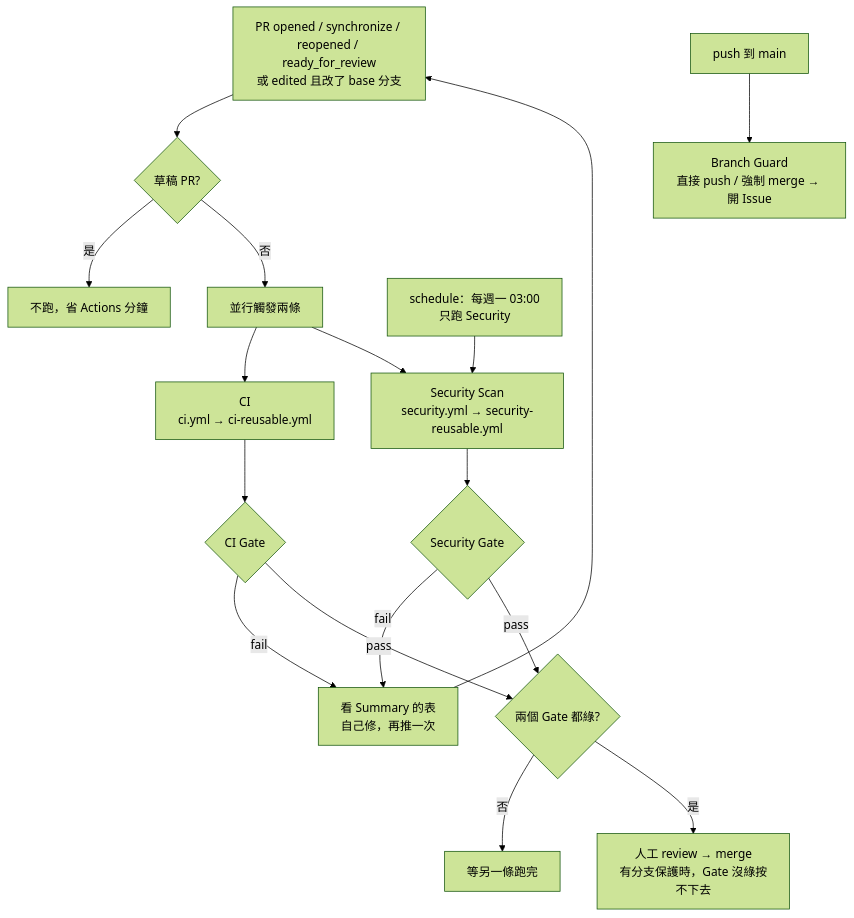
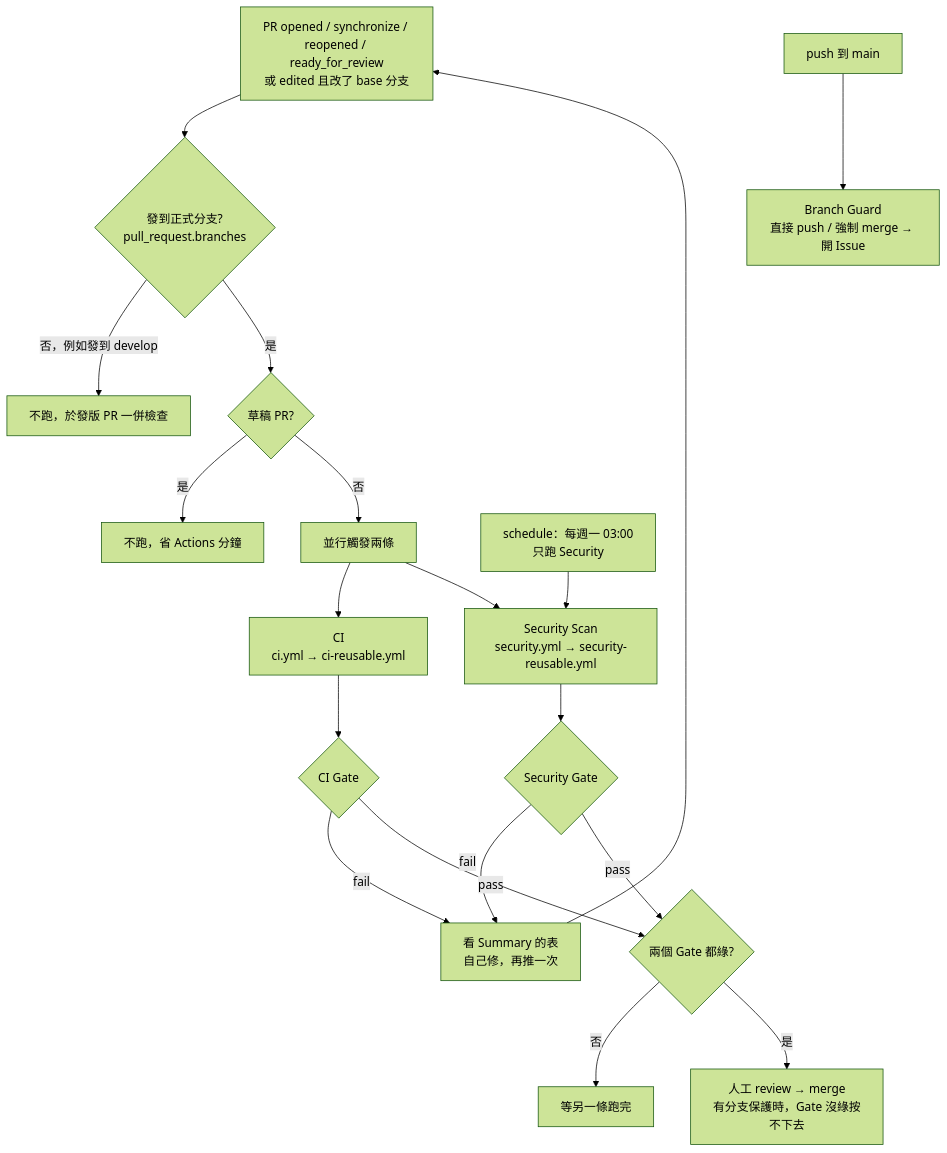
Before and after one commit to singi0771/ci-standards: the first of 3 diagrams in docs/FLOW.md, drawn with Mermaid (forest theme). The commit also changed other lines of this file and 17 other files, not shown here.

````diff
--- a/docs/FLOW.md
+++ b/docs/FLOW.md
@@ -29,24 +29,26 @@
 ```mermaid
 flowchart TD
-    PR[PR opened / synchronize / reopened / ready_for_review<br/>或 edited 且改了 base 分支] --> DRAFT{草稿 PR?}
+    PR[PR opened / synchronize / reopened / ready_for_review<br/>或 edited 且改了 base 分支] --> BASE{發到正式分支?<br/>pull_request.branches}
+    BASE -->|否，例如發到 develop| STOP0[不跑，於發版 PR 一併檢查]
+    BASE -->|是| DRAFT{草稿 PR?}
     DRAFT -->|是| STOP1[不跑，省 Actions 分鐘]
     DRAFT -->|否| PAR
 
     PAR[並行觸發兩條] --> CI[CI<br/>ci.yml → ci-reusable.yml]
     PAR --> SEC[Security Scan<br/>security.yml → security-reusable.yml]
 
     CI --> CIG{CI Gate}
     SEC --> SG{Security Gate}
 
     CIG -->|fail| FIX[看 Summary 的表<br/>自己修，再推一次]
     SG -->|fail| FIX
     FIX --> PR
 
     CIG -->|pass| BOTH{兩個 Gate 都綠?}
     SG -->|pass| BOTH
     BOTH -->|否| WAIT[等另一條跑完]
     BOTH -->|是| MERGE[人工 review → merge<br/>有分支保護時，Gate 沒綠按不下去]
 
     SCHED[schedule：每週一 03:00<br/>只跑 Security] --> SEC
     PUSHMAIN[push 到 main] --> GUARD[Branch Guard<br/>直接 push / 強制 merge → 開 Issue]
 ```
````
